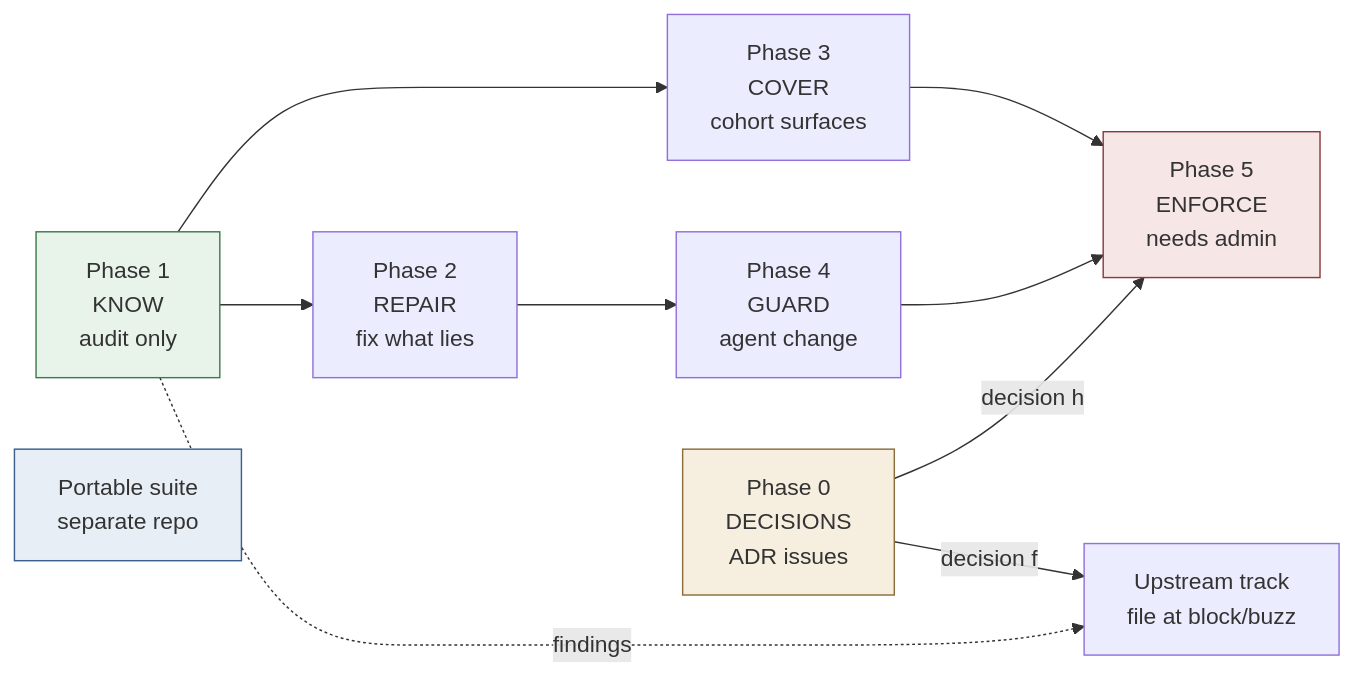
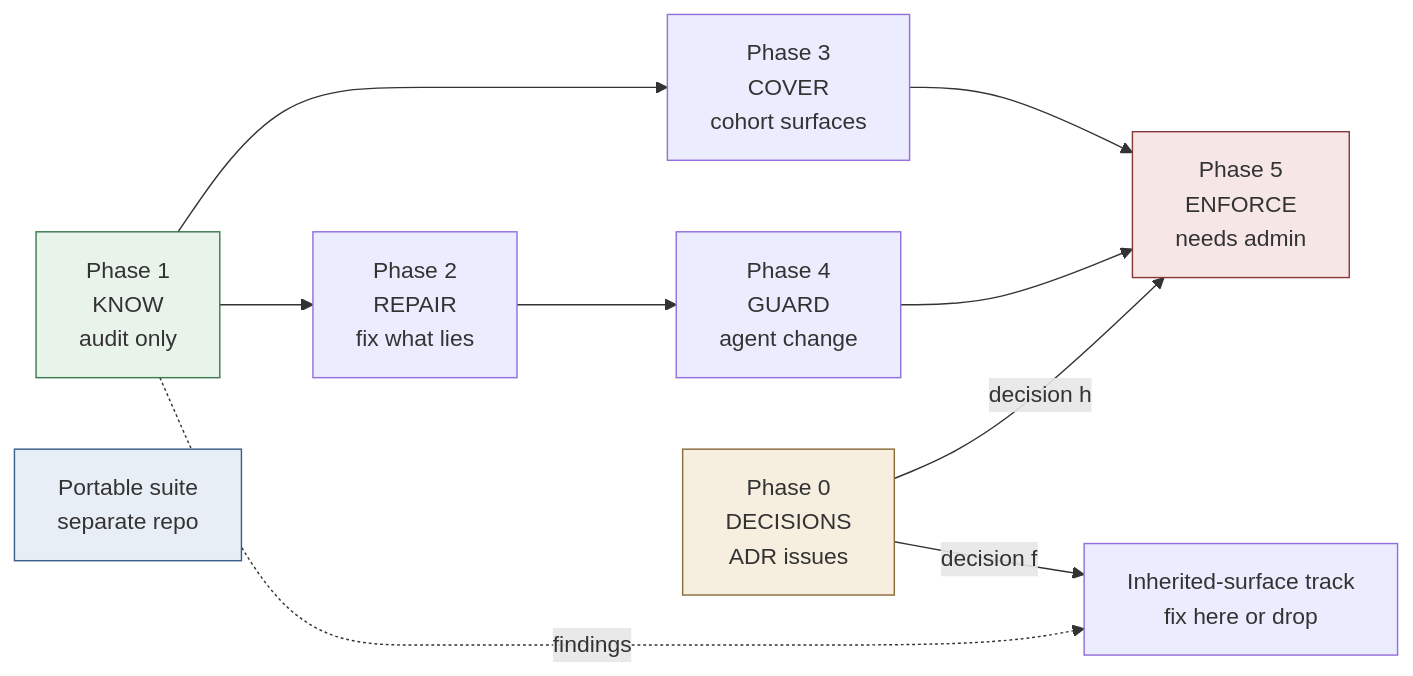
The fifth of 5 diagrams in launchpad/plans/2026-09-03-verification-programme.md (serina-mcfall/buzz-verification-lab), drawn with Mermaid before and after one commit. The commit also changed other lines of this file and 1 other file, not shown here.

````diff
--- a/launchpad/plans/2026-09-03-verification-programme.md
+++ b/launchpad/plans/2026-09-03-verification-programme.md
@@ -294,25 +299,25 @@
 ```mermaid
 flowchart LR
     P0["Phase 0<br/>DECISIONS<br/>ADR issues"]
     P1["Phase 1<br/>KNOW<br/>audit only"]
     P2["Phase 2<br/>REPAIR<br/>fix what lies"]
     P3["Phase 3<br/>COVER<br/>cohort surfaces"]
     P4["Phase 4<br/>GUARD<br/>agent change"]
     P5["Phase 5<br/>ENFORCE<br/>needs admin"]
-    P6["Upstream track<br/>file at block/buzz"]
+    P6["Inherited-surface track<br/>fix here or drop"]
     P7["Portable suite<br/>separate repo"]
 
     P1 --> P2
     P1 --> P3
     P2 --> P4
     P3 --> P5
     P4 --> P5
     P0 -->|"decision h"| P5
     P0 -->|"decision f"| P6
     P1 -.->|"findings"| P6
 
     style P0 fill:#f6efe0,stroke:#8a6d3a
     style P1 fill:#e8f4ea,stroke:#3d7a4e
     style P5 fill:#f6e6e6,stroke:#8a3a3a
     style P7 fill:#e8eef6,stroke:#3a5f8a
 ```
````
